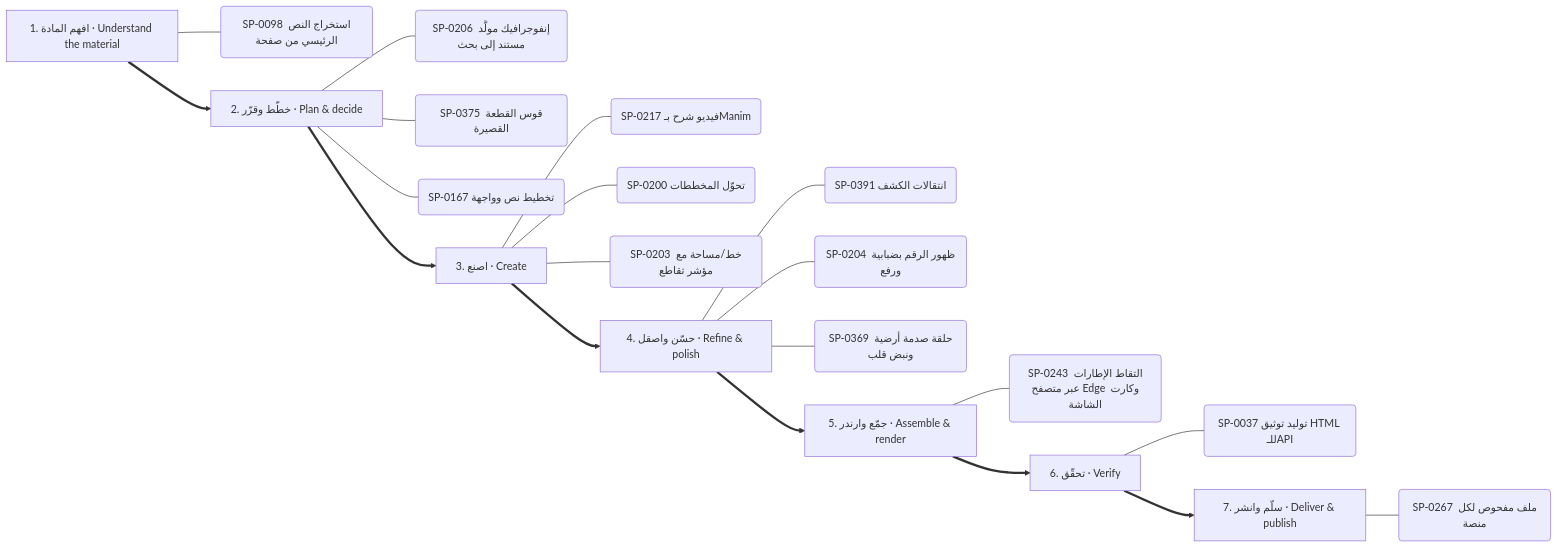
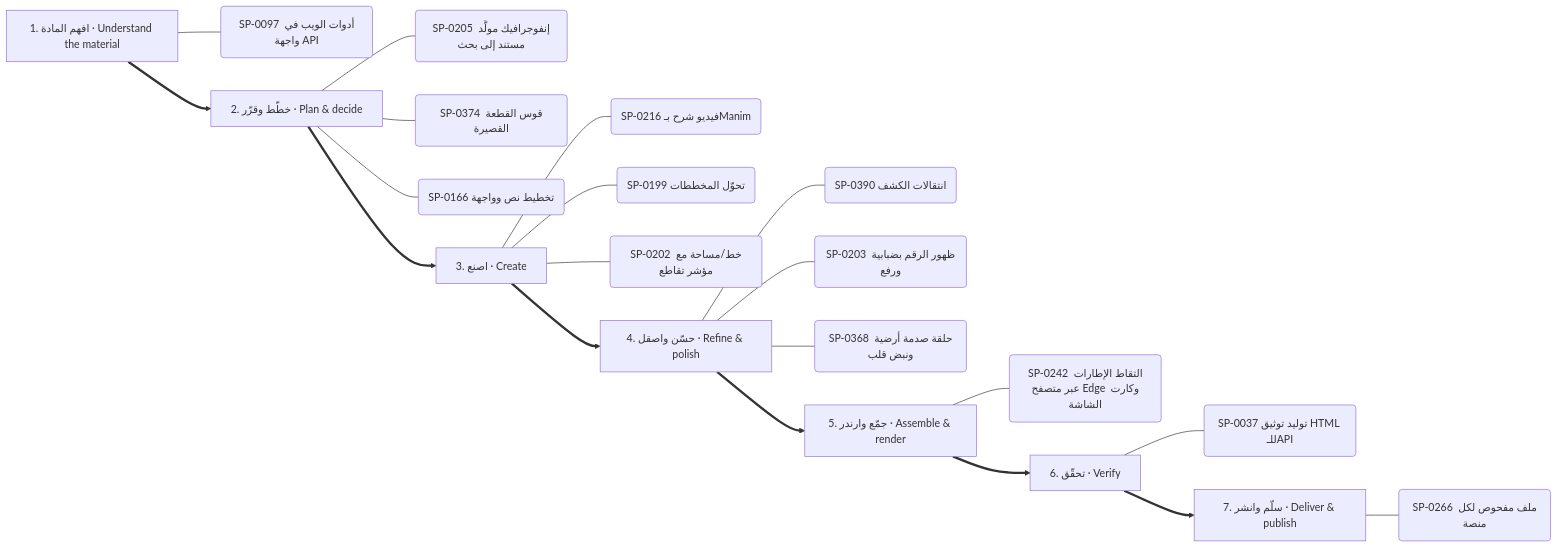
One commit to kosif199022-jpg/kosif-tool changed the fifth of 13 diagrams in .claude/skills/kosif-superpowers/references/capability-mindmap.md. Above: the diagram before and after it, drawn with Mermaid. The commit also changed other lines of this file and 41 other files, not shown here.

````diff
--- a/.claude/skills/kosif-superpowers/references/capability-mindmap.md
+++ b/.claude/skills/kosif-superpowers/references/capability-mindmap.md
@@ -271,29 +272,29 @@
 ```mermaid
 flowchart LR
   S0["1. افهم المادة · Understand the material"]
-  S0 --- S0_0("SP-0098 استخراج النص الرئيسي من صفحة")
+  S0 --- S0_0("SP-0097 أدوات الويب في واجهة API")
   S1["2. خطّط وقرّر · Plan & decide"]
-  S1 --- S1_0("SP-0206 إنفوجرافيك مولَّد مستند إلى بحث")
-  S1 --- S1_1("SP-0375 قوس القطعة القصيرة")
-  S1 --- S1_2("SP-0167 تخطيط نص وواجهة")
+  S1 --- S1_0("SP-0205 إنفوجرافيك مولَّد مستند إلى بحث")
+  S1 --- S1_1("SP-0374 قوس القطعة القصيرة")
+  S1 --- S1_2("SP-0166 تخطيط نص وواجهة")
   S0 ==> S1
   S2["3. اصنع · Create"]
-  S2 --- S2_0("SP-0217 فيديو شرح بـManim")
-  S2 --- S2_1("SP-0200 تحوّل المخططات")
-  S2 --- S2_2("SP-0203 خط/مساحة مع مؤشر تقاطع")
+  S2 --- S2_0("SP-0216 فيديو شرح بـManim")
+  S2 --- S2_1("SP-0199 تحوّل المخططات")
+  S2 --- S2_2("SP-0202 خط/مساحة مع مؤشر تقاطع")
   S1 ==> S2
   S3["4. حسّن واصقل · Refine & polish"]
-  S3 --- S3_0("SP-0391 انتقالات الكشف")
-  S3 --- S3_1("SP-0204 ظهور الرقم بضبابية ورفع")
-  S3 --- S3_2("SP-0369 حلقة صدمة أرضية ونبض قلب")
+  S3 --- S3_0("SP-0390 انتقالات الكشف")
+  S3 --- S3_1("SP-0203 ظهور الرقم بضبابية ورفع")
+  S3 --- S3_2("SP-0368 حلقة صدمة أرضية ونبض قلب")
   S2 ==> S3
   S4["5. جمّع وارندر · Assemble & render"]
-  S4 --- S4_0("SP-0243 التقاط الإطارات عبر متصفح Edge وكارت الشاشة")
+  S4 --- S4_0("SP-0242 التقاط الإطارات عبر متصفح Edge وكارت الشاشة")
   S3 ==> S4
   S5["6. تحقّق · Verify"]
   S5 --- S5_0("SP-0037 توليد توثيق HTML للـAPI")
   S4 ==> S5
   S6["7. سلّم وانشر · Deliver & publish"]
-  S6 --- S6_0("SP-0267 ملف مفحوص لكل منصة")
+  S6 --- S6_0("SP-0266 ملف مفحوص لكل منصة")
   S5 ==> S6
 ```
````
